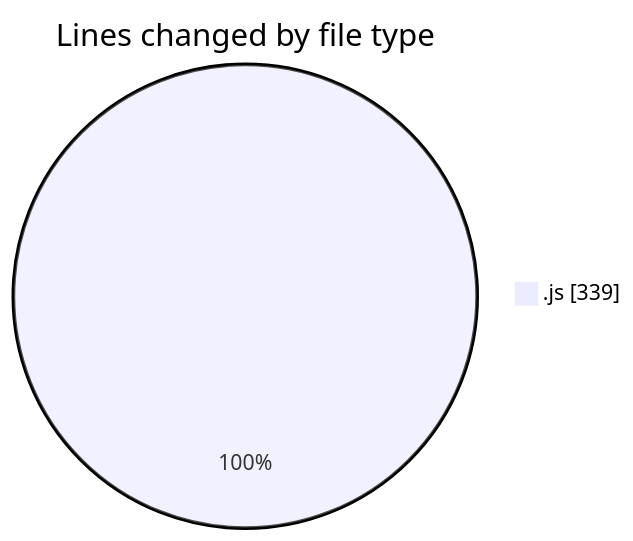
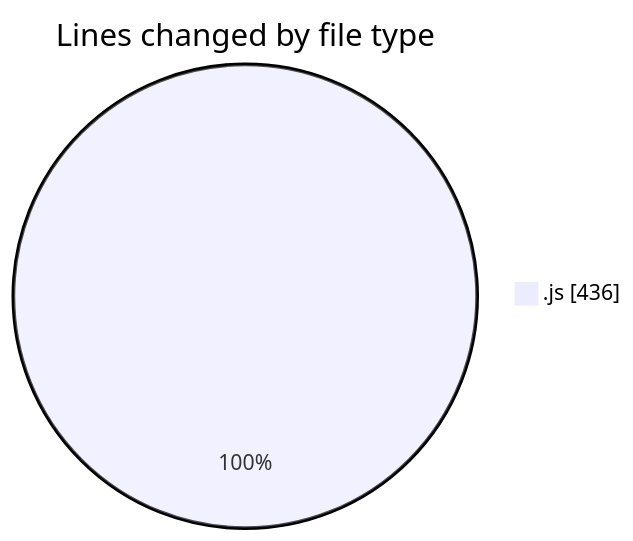
One commit to nxtqubesakshisongat/code-tracking changed the first of 2 diagrams in 2025-09-19/nxtqube_webapp/README.md. Above: the diagram before and after it, drawn with Mermaid. The commit also changed other lines of this file and 1 other file, not shown here.

````diff
--- a/2025-09-19/nxtqube_webapp/README.md
+++ b/2025-09-19/nxtqube_webapp/README.md
@@ -20,5 +20,5 @@
 ```mermaid
 pie showData
 title Lines changed by file type
-".js" : 339
+".js" : 436
 ```
````
